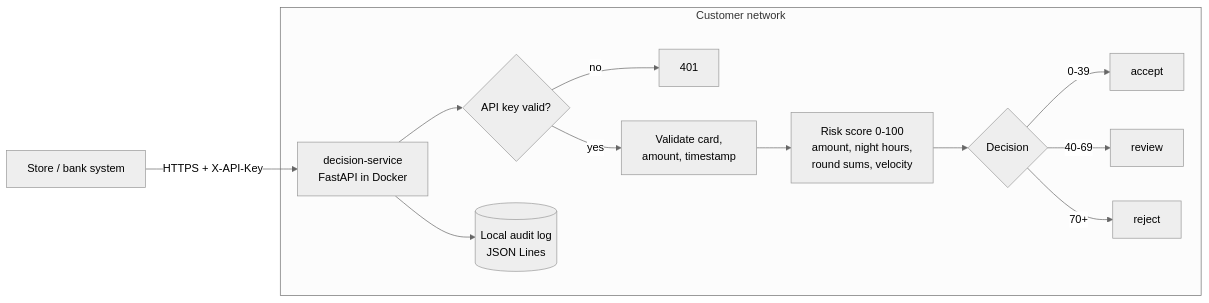
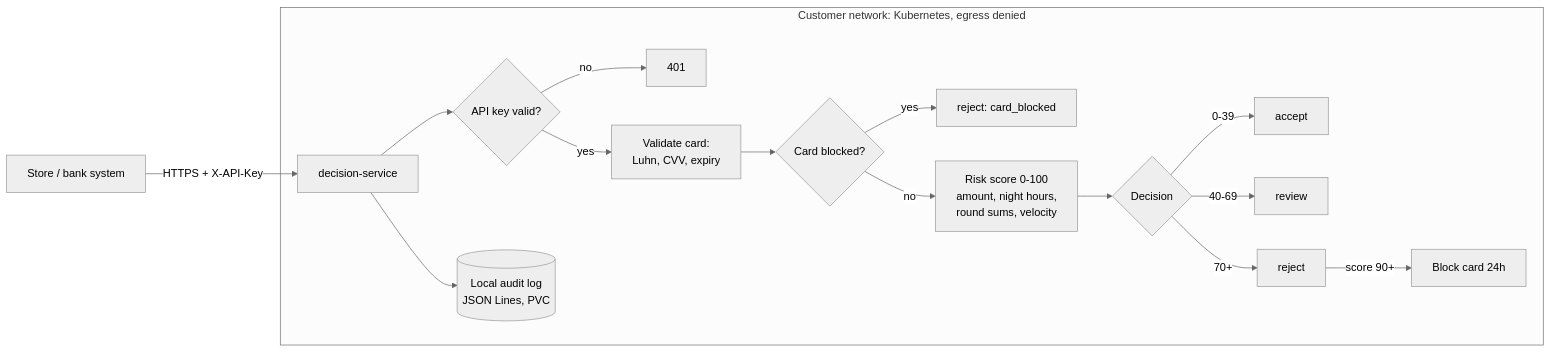
The first of 2 diagrams in README.md (saroatov2910/welos-ai), drawn with Mermaid (neutral theme) before and after one commit. The commit also changed other lines of this file and 2 other files, not shown here.

Commit message:
docs: describe Kubernetes, NetworkPolicy, security scans and card blocking

````diff
--- a/README.md
+++ b/README.md
@@ -34,17 +34,20 @@
 ```mermaid
 flowchart LR
     pos[Store / bank system] -->|HTTPS + X-API-Key| api
 
-    subgraph site[Customer network]
-        api[decision-service<br/>FastAPI in Docker]
+    subgraph cluster[Customer network: Kubernetes, egress denied]
+        api[decision-service]
         api --> auth{API key valid?}
         auth -->|no| deny[401]
-        auth -->|yes| val[Validate card,<br/>amount, timestamp]
-        val --> score[Risk score 0-100<br/>amount, night hours,<br/>round sums, velocity]
+        auth -->|yes| val[Validate card:<br/>Luhn, CVV, expiry]
+        val --> blocked{Card blocked?}
+        blocked -->|yes| rej1[reject: card_blocked]
+        blocked -->|no| score[Risk score 0-100<br/>amount, night hours,<br/>round sums, velocity]
         score --> decision{Decision}
         decision -->|0-39| accept[accept]
         decision -->|40-69| review[review]
         decision -->|70+| reject[reject]
-        api --> audit[(Local audit log<br/>JSON Lines)]
+        reject -->|score 90+| block[Block card 24h]
+        api --> audit[(Local audit log<br/>JSON Lines, PVC)]
     end
 ```
````
